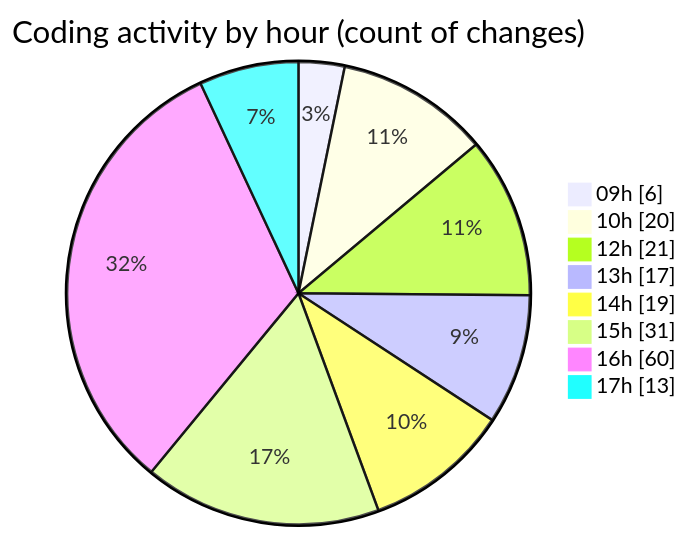
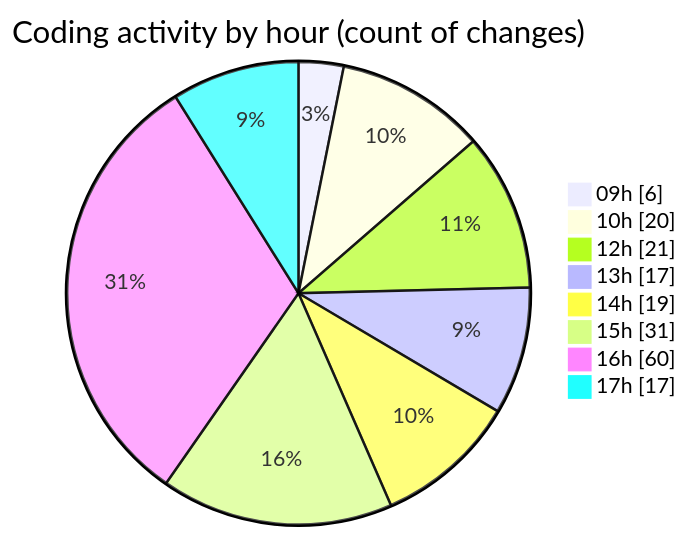
The second of 2 diagrams in 2026-02-18/bot_v1_2/README.md (becaeroporto-bot/code-tracking), drawn with Mermaid before and after one commit. The commit also changed other lines of this file and 1 other file, not shown here.

````diff
--- a/2026-02-18/bot_v1_2/README.md
+++ b/2026-02-18/bot_v1_2/README.md
@@ -57,12 +57,12 @@
 ```mermaid
 pie showData
 title Coding activity by hour (count of changes)
 "09h" : 6
 "10h" : 20
 "12h" : 21
 "13h" : 17
 "14h" : 19
 "15h" : 31
 "16h" : 60
-"17h" : 13
+"17h" : 17
 ```
````
